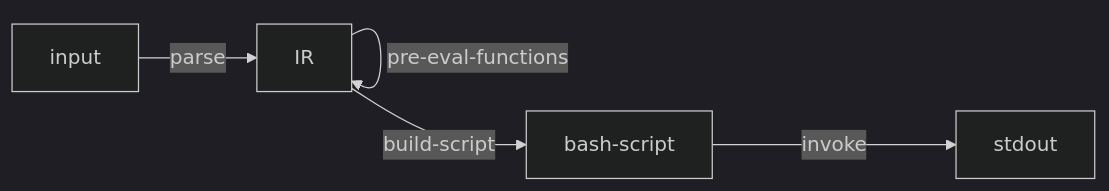
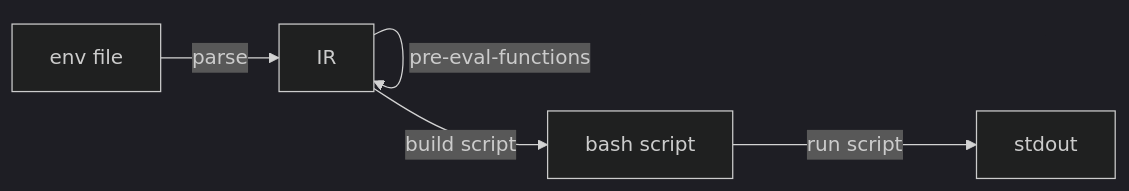
The first of 2 diagrams in README.md (cfclrk/environ), drawn with Mermaid (dark theme) before and after one commit. The commit also changed other lines of this file and 2 other files, not shown here.

````diff
--- a/README.md
+++ b/README.md
@@ -242,7 +282,7 @@
 ```mermaid
 flowchart LR
-    input -- parse --> IR
+    env-file[env file] -- parse --> IR
     IR -- pre-eval-functions --> IR
-    IR -- build-script --> bash-script
-    bash-script -- invoke --> stdout
+    IR -- build script --> script[bash script]
+    script -- run script --> stdout
 ```
````
